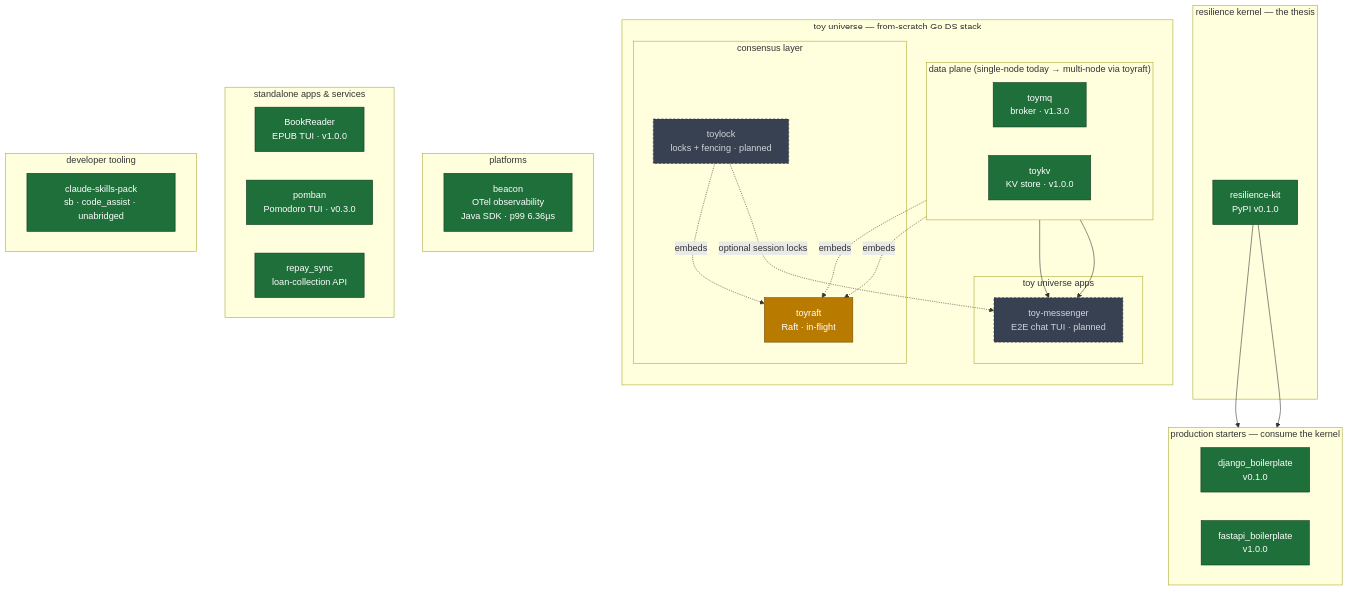
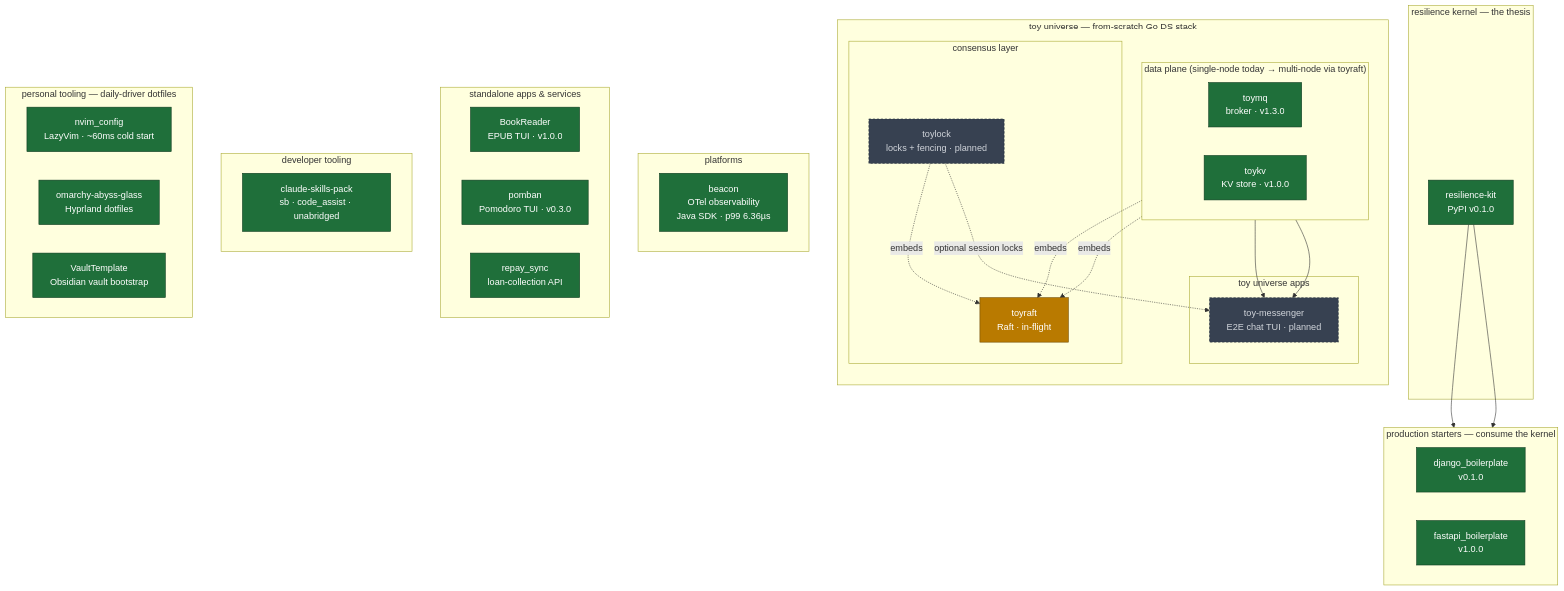
One commit to prajwalmahajan101/prajwalmahajan101 changed the diagram in README.md. Above: the diagram before and after it, drawn with Mermaid.

Commit message:
docs(readme): add personal tooling subgraph to mermaid
Add nvim_config, omarchy-abyss-glass, and VaultTemplate as a separate
'personal tooling — daily-driver dotfiles' subgraph. claude-skills-pack
stays in 'developer tooling' since it's an installable product, not a
dotfile.

````diff
--- a/README.md
+++ b/README.md
@@ -20,61 +20,68 @@
 ```mermaid
 flowchart TB
     subgraph KERNEL["resilience kernel — the thesis"]
         K["resilience-kit<br/>PyPI v0.1.0"]
     end
 
     subgraph STARTERS["production starters — consume the kernel"]
         direction LR
         C1["django_boilerplate<br/>v0.1.0"]
         C2["fastapi_boilerplate<br/>v1.0.0"]
     end
 
     subgraph TOY["toy universe — from-scratch Go DS stack"]
         direction TB
         subgraph TOY_CONSENSUS["consensus layer"]
             P3["toyraft<br/>Raft · in-flight"]
             P5["toylock<br/>locks + fencing · planned"]
         end
         subgraph TOY_DATA["data plane (single-node today → multi-node via toyraft)"]
             direction LR
             P1["toymq<br/>broker · v1.3.0"]
             P2["toykv<br/>KV store · v1.0.0"]
         end
         subgraph TOY_APPS["toy universe apps"]
             P4["toy-messenger<br/>E2E chat TUI · planned"]
         end
     end
 
     subgraph PLATFORMS["platforms"]
         B["beacon<br/>OTel observability<br/>Java SDK · p99 6.36µs"]
     end
 
     subgraph STANDALONE["standalone apps & services"]
         direction LR
         A1["BookReader<br/>EPUB TUI · v1.0.0"]
         A2["pomban<br/>Pomodoro TUI · v0.3.0"]
         A3["repay_sync<br/>loan-collection API"]
     end
 
     subgraph DEVTOOLS["developer tooling"]
         T1["claude-skills-pack<br/>sb · code_assist · unabridged"]
     end
 
+    subgraph PERSONAL["personal tooling — daily-driver dotfiles"]
+        direction LR
+        T2["nvim_config<br/>LazyVim · ~60ms cold start"]
+        T3["omarchy-abyss-glass<br/>Hyprland dotfiles"]
+        T4["VaultTemplate<br/>Obsidian vault bootstrap"]
+    end
+
     K --> C1
     K --> C2
 
     P1 -.embeds.-> P3
     P2 -.embeds.-> P3
     P5 -.embeds.-> P3
 
     P1 --> P4
     P2 --> P4
     P5 -.optional session locks.-> P4
 
     classDef shipped fill:#1f6f3a,stroke:#0d3a1e,color:#fff;
     classDef active  fill:#b97a00,stroke:#6e4900,color:#fff;
     classDef planned fill:#374151,stroke:#1f2937,color:#d1d5db,stroke-dasharray: 4 3;
-    class K,P1,P2,B,C1,C2,A1,A2,A3,T1 shipped;
+    class K,P1,P2,B,C1,C2,A1,A2,A3,T1,T2,T3,T4 shipped;
     class P3 active;
     class P4,P5 planned;
 ```
````
